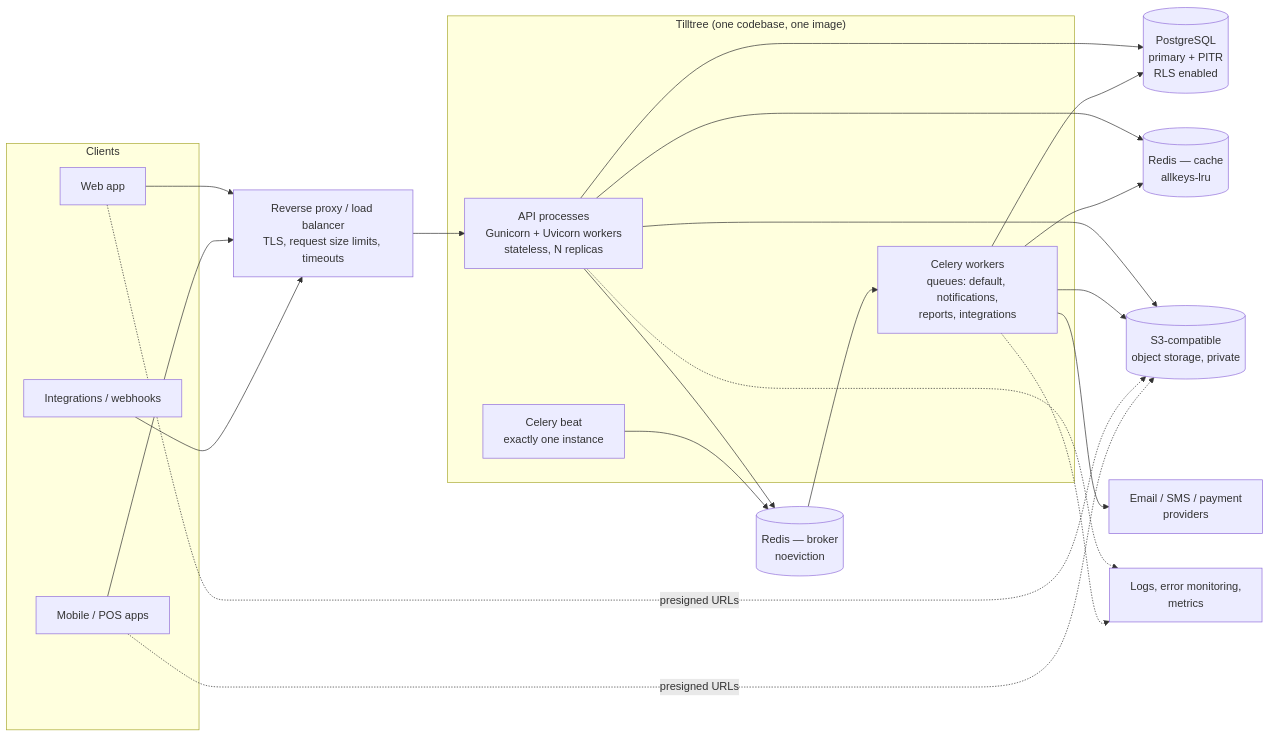
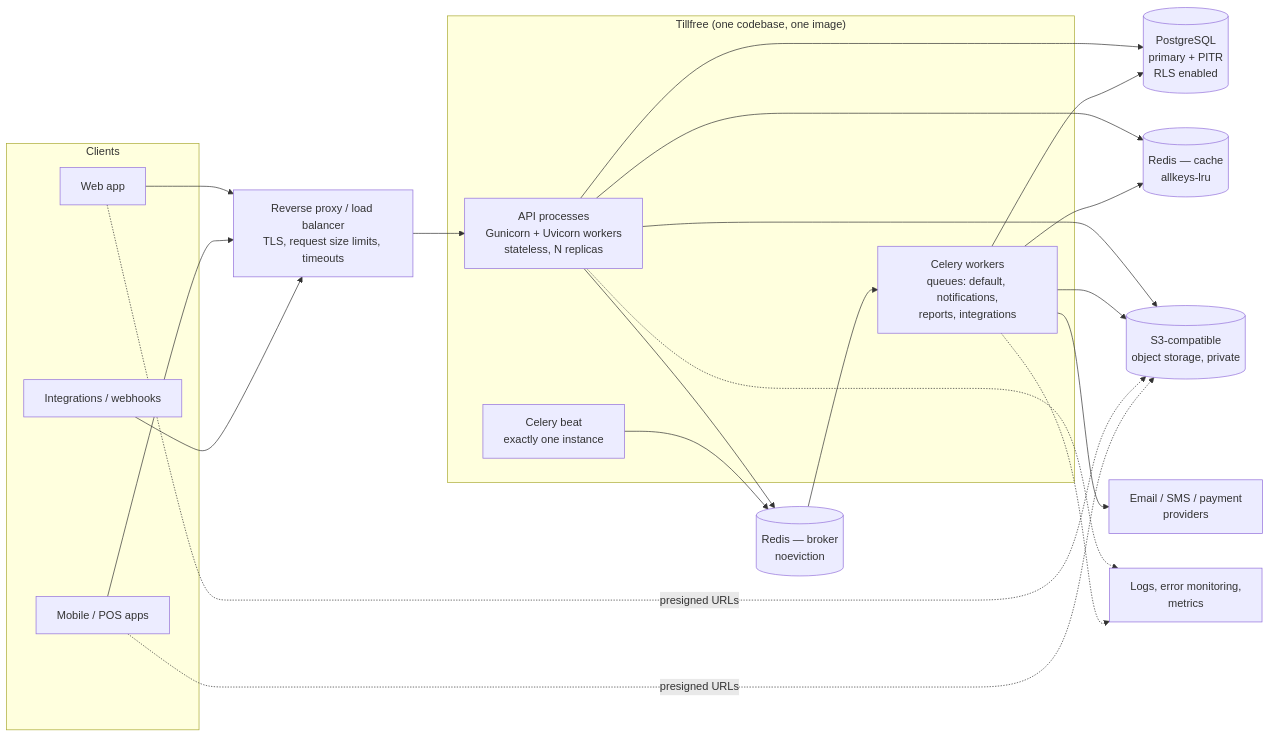
One commit to kasujjabash/tillfree_server changed the first of 2 diagrams in docs/architecture/01-overview.md. Above: the diagram before and after it, drawn with Mermaid. The commit also changed 23 other files, not shown here.

````diff
--- a/docs/architecture/01-overview.md
+++ b/docs/architecture/01-overview.md
@@ -7,30 +7,30 @@
 ```mermaid
 flowchart LR
     subgraph Clients
         W[Web app]
         M[Mobile / POS apps]
         X[Integrations / webhooks]
     end
 
     LB[Reverse proxy / load balancer<br/>TLS, request size limits, timeouts]
 
-    subgraph App["Tilltree (one codebase, one image)"]
+    subgraph App["Tillfree (one codebase, one image)"]
         API[API processes<br/>Gunicorn + Uvicorn workers<br/>stateless, N replicas]
         WK[Celery workers<br/>queues: default, notifications,<br/>reports, integrations]
         BT[Celery beat<br/>exactly one instance]
     end
 
     PG[(PostgreSQL<br/>primary + PITR<br/>RLS enabled)]
     RC[(Redis — cache<br/>allkeys-lru)]
     RB[(Redis — broker<br/>noeviction)]
     S3[(S3-compatible<br/>object storage, private)]
     EXT[Email / SMS / payment<br/>providers]
     OBS[Logs, error monitoring,<br/>metrics]
 
     W & M & X --> LB --> API
     API --> PG & RC & RB & S3
     BT --> RB --> WK
     WK --> PG & RC & S3 & EXT
     API & WK -.-> OBS
     W & M -. presigned URLs .-> S3
 ```
````
